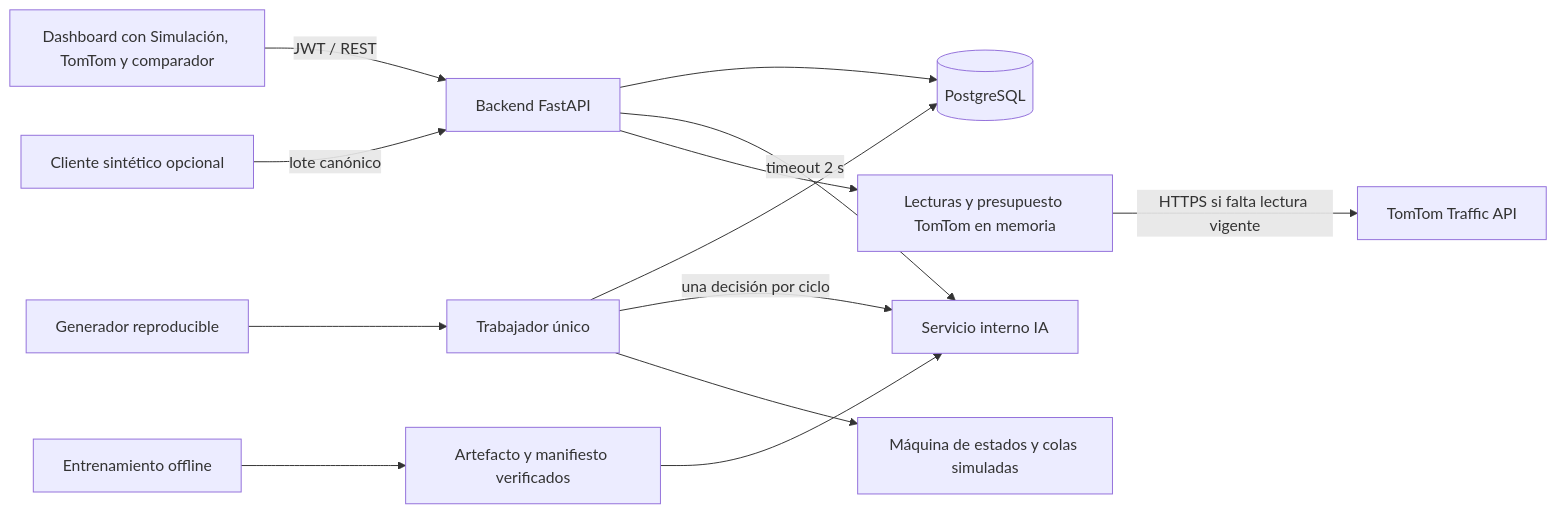
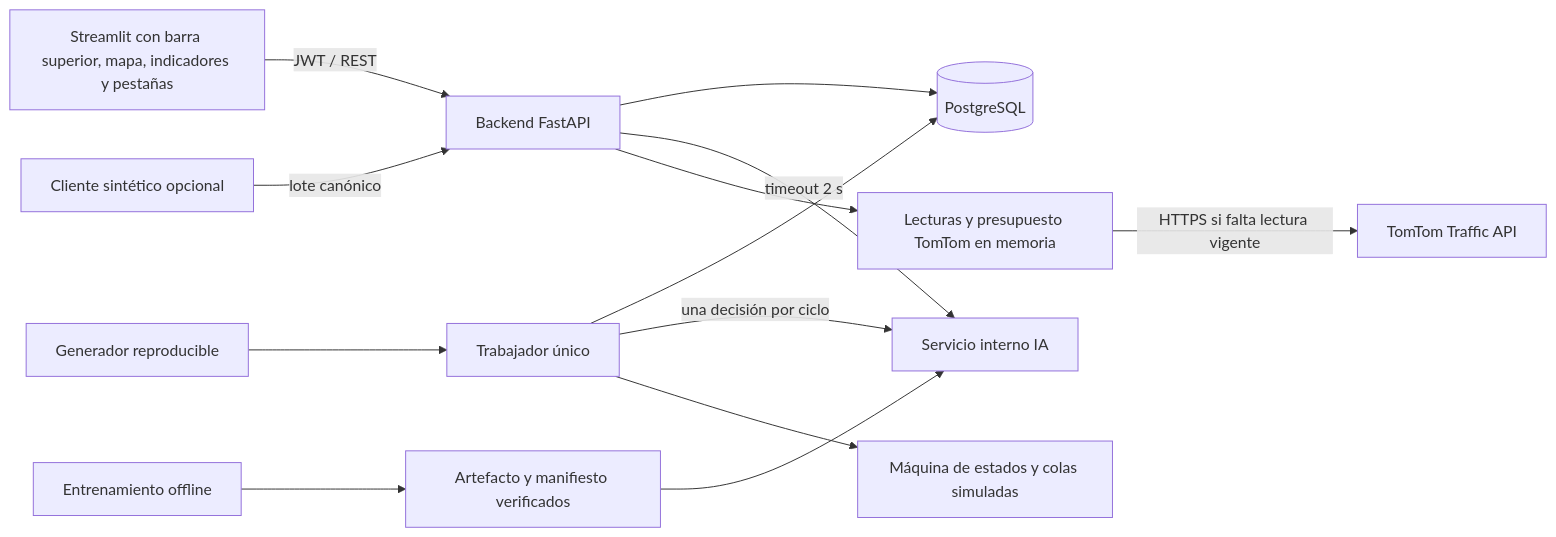
One commit to DiegoSG826/SistemaTrafico changed the first of 2 diagrams in docs/FASE_2_Desarrollo_Implementacion.md. Above: the diagram before and after it, drawn with Mermaid. The commit also changed other lines of this file and 53 other files, not shown here.

````diff
--- a/docs/FASE_2_Desarrollo_Implementacion.md
+++ b/docs/FASE_2_Desarrollo_Implementacion.md
@@ -137,15 +137,15 @@
 ```mermaid
 flowchart LR
-  D[Dashboard con Simulación, TomTom y comparador] -->|JWT / REST| A[Backend FastAPI]
+  D[Streamlit con barra superior, mapa, indicadores y pestañas] -->|JWT / REST| A[Backend FastAPI]
   S[Cliente sintético opcional] -->|lote canónico| A
   A --> P[(PostgreSQL)]
   A -->|timeout 2 s| M[Servicio interno IA]
   A --> C[Lecturas y presupuesto TomTom en memoria]
   C -->|HTTPS si falta lectura vigente| TT[TomTom Traffic API]
   W[Trabajador único] --> P
   W -->|una decisión por ciclo| M
   G[Generador reproducible] --> W
   W --> Q[Máquina de estados y colas simuladas]
   T[Entrenamiento offline] --> R[Artefacto y manifiesto verificados]
   R --> M
 ```
````
